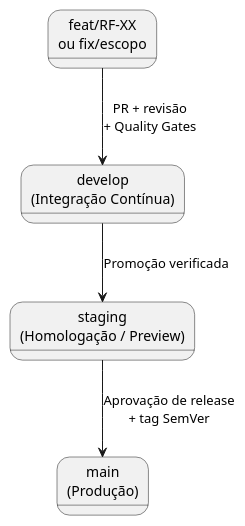
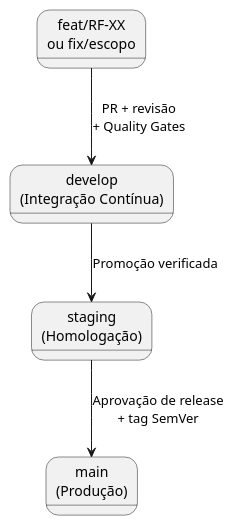
The third of 6 diagrams in manual/capitulos/04-gerenciamento-tecnico.md (CINESOFT-SOLUTIONS/manual-processos-software), drawn with PlantUML before and after one commit. The commit also changed other lines of this file and 19 other files, not shown here.

````diff
--- a/manual/capitulos/04-gerenciamento-tecnico.md
+++ b/manual/capitulos/04-gerenciamento-tecnico.md
@@ -236,16 +236,16 @@
 ```plantuml
 @startuml
 skinparam monochrome true
 skinparam shadowing false
 skinparam defaultFontName Helvetica
 
 state "feat/RF-XX\nou fix/escopo" as F
 state "develop\n(Integração Contínua)" as DEV
-state "staging\n(Homologação / Preview)" as STG
+state "staging\n(Homologação)" as STG
 state "main\n(Produção)" as MAIN
 
 F --> DEV : PR + revisão\n+ Quality Gates
 DEV --> STG : Promoção verificada
 STG --> MAIN : Aprovação de release\n+ tag SemVer
 @enduml
 ```
````
